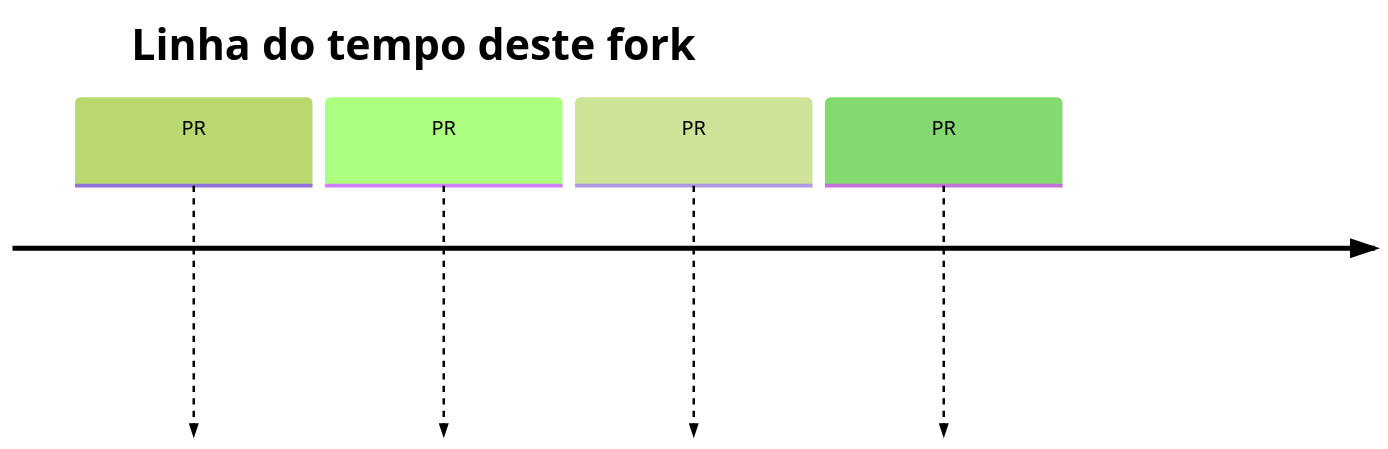
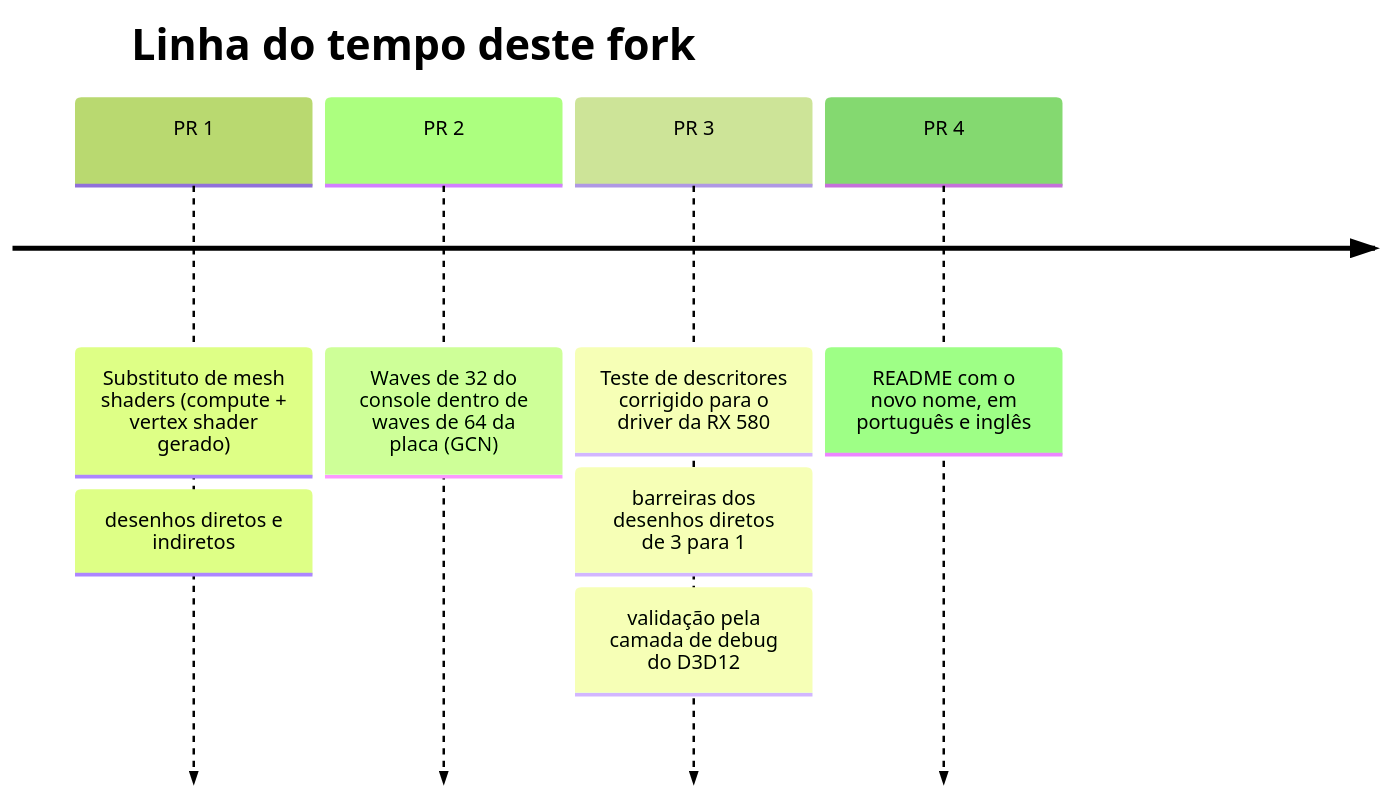
The third of 20 diagrams in README.md (marcoscostaengineer/MARGARETE-RX580-OPTIMIZED), drawn with Mermaid (forest theme) before and after one commit. The commit also changed other lines of this file, not shown here.

First line of the commit message:
README diagrams: timeline items shown, horizontal layouts, readable labels

````diff
--- a/README.md
+++ b/README.md
@@ -69,8 +69,8 @@
 ```mermaid
 timeline
     title Linha do tempo deste fork
-    PR #1 : Substituto de mesh shaders (compute + vertex shader gerado) : desenhos diretos e indiretos
-    PR #2 : Waves de 32 do console dentro de waves de 64 da placa (GCN)
-    PR #3 : Teste de descritores corrigido para o driver da RX 580 : barreiras dos desenhos diretos de 3 para 1 : validação pela camada de debug do D3D12
-    PR #4 : README com o novo nome, em português e inglês
+    PR 1 : Substituto de mesh shaders (compute + vertex shader gerado) : desenhos diretos e indiretos
+    PR 2 : Waves de 32 do console dentro de waves de 64 da placa (GCN)
+    PR 3 : Teste de descritores corrigido para o driver da RX 580 : barreiras dos desenhos diretos de 3 para 1 : validação pela camada de debug do D3D12
+    PR 4 : README com o novo nome, em português e inglês
 ```
````
